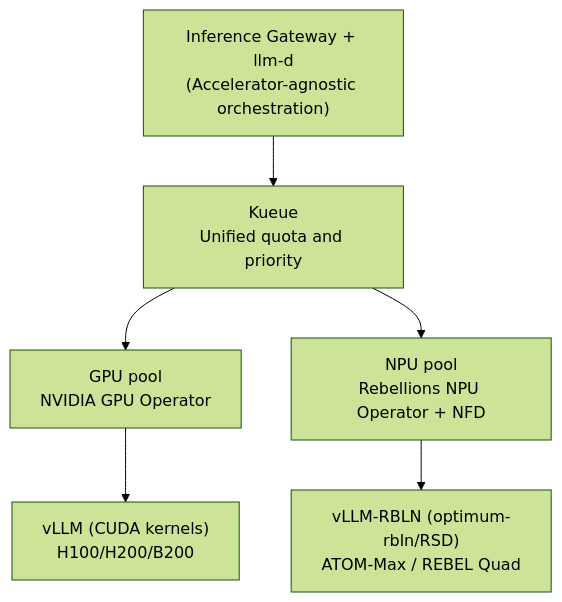
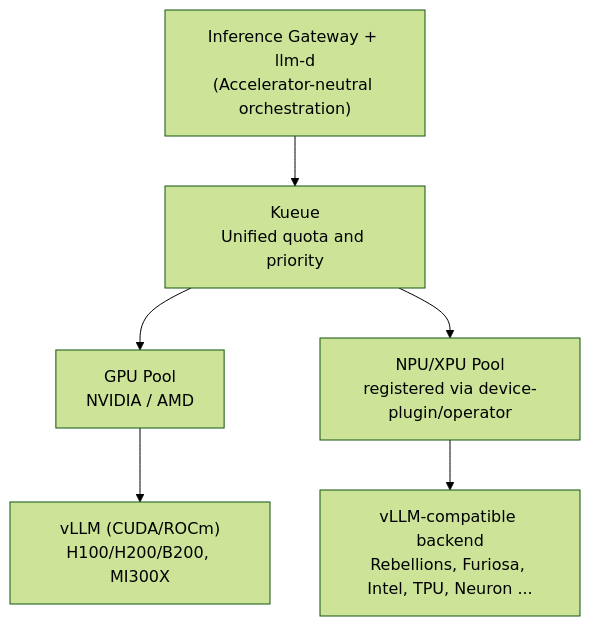
The second of 2 diagrams in _posts/en/llmops/2026-06-20-llm-d-distributed-inference-heterogeneous-accelerators.md (ThakiCloud/thakicloud.github.io), drawn with Mermaid (forest theme) before and after one commit. The commit also changed other lines of this file and 2 other files, not shown here.

Commit message:
fix(blog): make llm-d post vendor-neutral (add Furiosa, any NPU/XPU)

````diff
--- a/_posts/en/llmops/2026-06-20-llm-d-distributed-inference-heterogeneous-accelerators.md
+++ b/_posts/en/llmops/2026-06-20-llm-d-distributed-inference-heterogeneous-accelerators.md
@@ -103,8 +114,8 @@
 ```mermaid
 flowchart TD
-    G["Inference Gateway + llm-d<br/>(Accelerator-agnostic orchestration)"] --> K["Kueue<br/>Unified quota and priority"]
-    K --> P1["GPU pool<br/>NVIDIA GPU Operator"]
-    K --> P2["NPU pool<br/>Rebellions NPU Operator + NFD"]
-    P1 --> V1["vLLM (CUDA kernels)<br/>H100/H200/B200"]
-    P2 --> V2["vLLM-RBLN (optimum-rbln/RSD)<br/>ATOM-Max / REBEL Quad"]
+    G["Inference Gateway + llm-d<br/>(Accelerator-neutral orchestration)"] --> K["Kueue<br/>Unified quota and priority"]
+    K --> P1["GPU Pool<br/>NVIDIA / AMD"]
+    K --> P2["NPU/XPU Pool<br/>registered via device-plugin/operator"]
+    P1 --> V1["vLLM (CUDA/ROCm)<br/>H100/H200/B200, MI300X"]
+    P2 --> V2["vLLM-compatible backend<br/>Rebellions, Furiosa, Intel, TPU, Neuron ..."]
 ```
````
